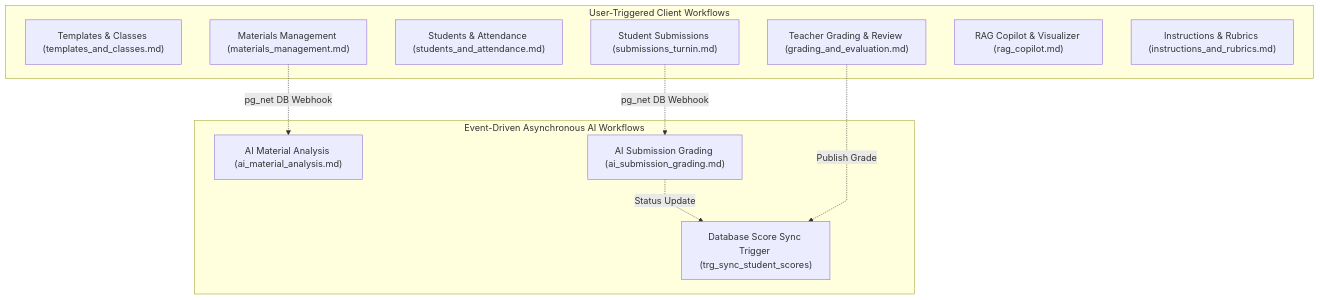
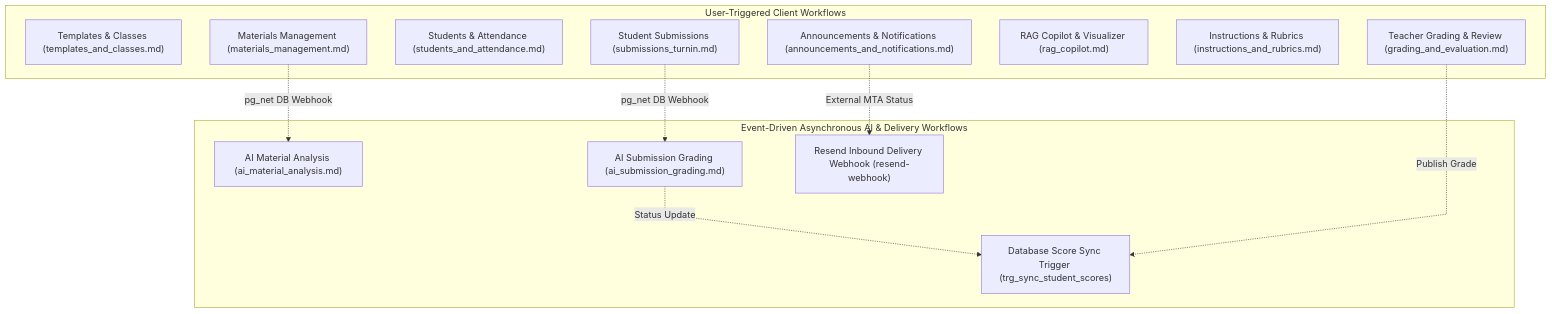
One commit to VictorBravo9er/Teacher-Assistant-Workspace changed the diagram in systems/workflows-atomic/README.md. Above: the diagram before and after it, drawn with Mermaid. The commit also changed other lines of this file and 25 other files, not shown here.

````diff
--- a/systems/workflows-atomic/README.md
+++ b/systems/workflows-atomic/README.md
@@ -14,24 +14,27 @@
 ```mermaid
 %%{init: {'flowchart': {'curve': 'linear'}}}%%
 flowchart TD
     subgraph UserTriggered["User-Triggered Client Workflows"]
         TC["Templates & Classes (templates_and_classes.md)"]
         MAT["Materials Management (materials_management.md)"]
         STU["Students & Attendance (students_and_attendance.md)"]
         SUB["Student Submissions (submissions_turnin.md)"]
         GRD["Teacher Grading & Review (grading_and_evaluation.md)"]
         COP["RAG Copilot & Visualizer (rag_copilot.md)"]
         INS["Instructions & Rubrics (instructions_and_rubrics.md)"]
+        NOTIF["Announcements & Notifications (announcements_and_notifications.md)"]
     end
 
-    subgraph SystemTriggered["Event-Driven Asynchronous AI Workflows"]
+    subgraph SystemTriggered["Event-Driven Asynchronous AI & Delivery Workflows"]
         AIM["AI Material Analysis (ai_material_analysis.md)"]
         AIS["AI Submission Grading (ai_submission_grading.md)"]
         TRG["Database Score Sync Trigger (trg_sync_student_scores)"]
+        WHK["Resend Inbound Delivery Webhook (resend-webhook)"]
     end
 
     MAT -.->|pg_net DB Webhook| AIM
     SUB -.->|pg_net DB Webhook| AIS
     AIS -.->|Status Update| TRG
     GRD -.->|Publish Grade| TRG
+    NOTIF -.->|External MTA Status| WHK
 ```
````
